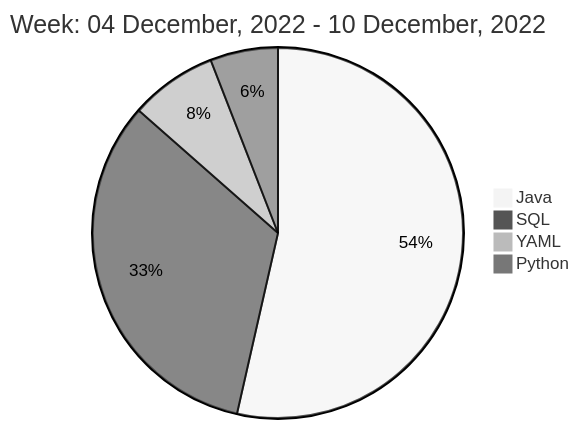
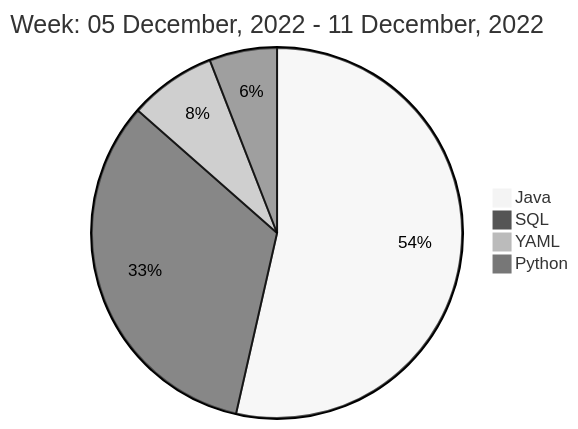
The diagram in README.md (liubin95/liubin95), drawn with Mermaid (neutral theme) before and after one commit.

Commit message:
Updated the Graph with new Metrics

````diff
--- a/README.md
+++ b/README.md
@@ -40,8 +40,8 @@
 ```mermaid
  pie
-title Week: 04 December, 2022 - 10 December, 2022
+title Week: 05 December, 2022 - 11 December, 2022
  "Java" : 10.7
  "SQL" : 6.58
  "YAML" : 1.52
  "Python" : 1.18
 ```
````
